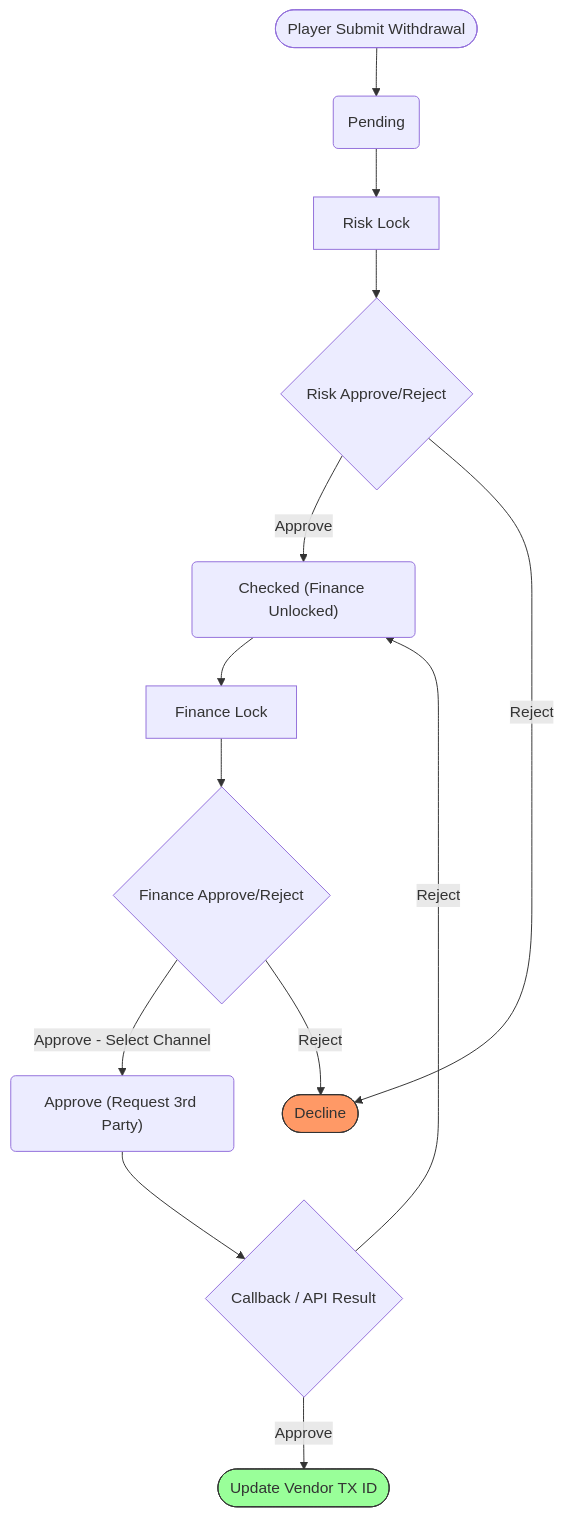
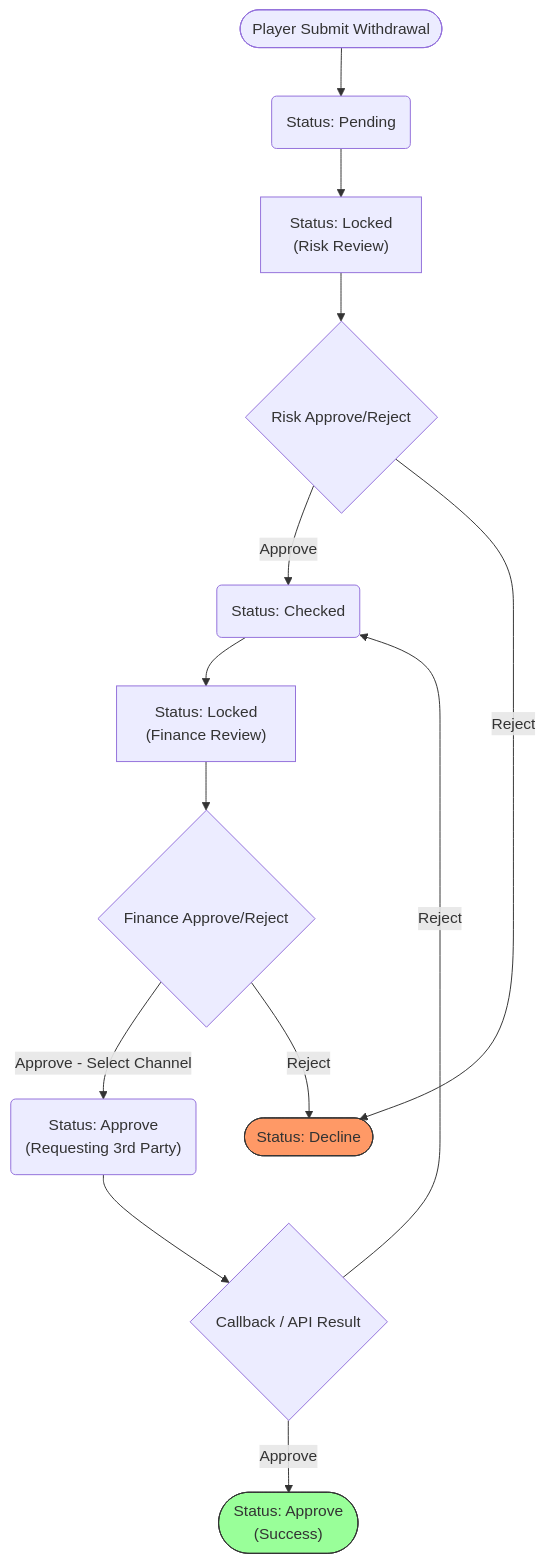
One commit to almightyken0425/SuSuGiGiSpec changed the first of 2 diagrams in no99_archive/sitflowchart.md. Above: the diagram before and after it, drawn with Mermaid. The commit also changed other lines of this file, not shown here.

````diff
--- a/no99_archive/sitflowchart.md
+++ b/no99_archive/sitflowchart.md
@@ -29,36 +29,36 @@
 ```mermaid
 graph TD
     %% 節點定義
     Start(["Player Submit Withdrawal"])
-    Pending("Pending")
-    RiskLock["Risk Lock"]
+    Pending("Status: Pending")
+    RiskLock["Status: Locked<br/>(Risk Review)"]
     RiskAction{"Risk Approve/Reject"}
-    Checked("Checked (Finance Unlocked)")
-    FinanceLock["Finance Lock"]
+    Checked("Status: Checked")
+    FinanceLock["Status: Locked<br/>(Finance Review)"]
     FinanceAction{"Finance Approve/Reject"}
-    ApproveReq("Approve (Request 3rd Party)")
-    Decline(["Decline"])
-    Success(["Update Vendor TX ID"])
+    ApproveReq("Status: Approve<br/>(Requesting 3rd Party)")
+    Decline(["Status: Decline"])
+    Success(["Status: Approve<br/>(Success)"])
     Callback{"Callback / API Result"}
 
     Start --> Pending
     Pending --> RiskLock
     RiskLock --> RiskAction
     
     RiskAction -->|"Approve"| Checked
     Checked --> FinanceLock
     FinanceLock --> FinanceAction
     
     FinanceAction -->|"Approve - Select Channel"| ApproveReq
 
     RiskAction -->|"Reject"| Decline
     FinanceAction -->|"Reject"| Decline
     
     ApproveReq --> Callback
 
     Callback -->|"Approve"| Success
     Callback -->|"Reject"| Checked
 
     style Decline fill:#f96,stroke:#333
     style Success fill:#9f9,stroke:#333
 ```
````
